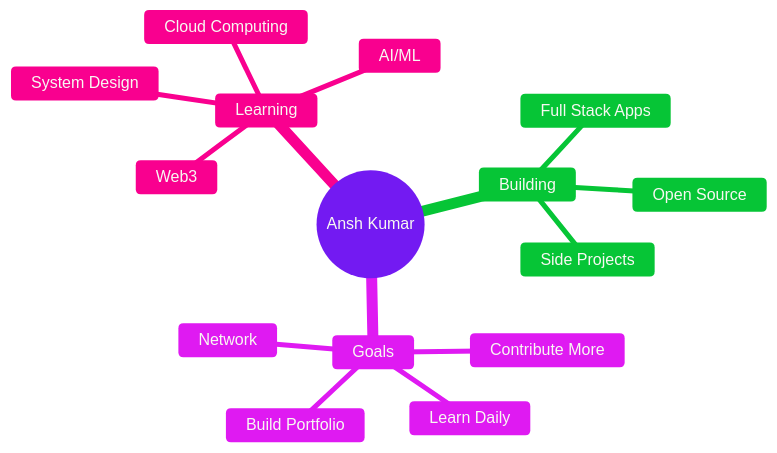
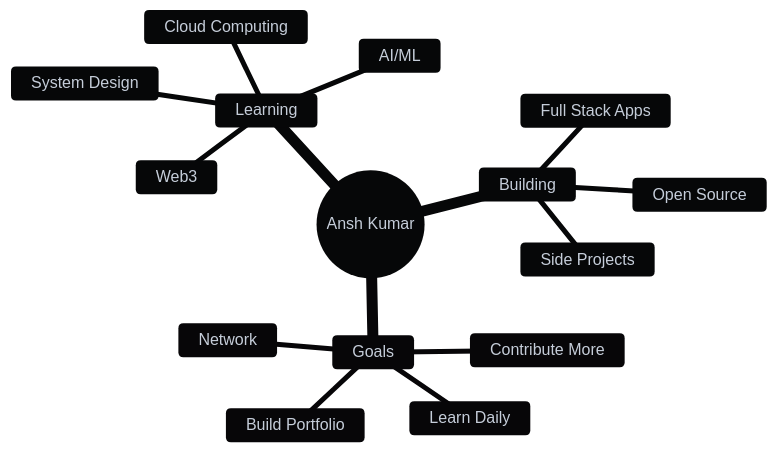
The diagram in readme.md (Albez0-An7h/Albez0-An7h), drawn with Mermaid before and after one commit. The commit also changed other lines of this file, not shown here.

````diff
--- a/readme.md
+++ b/readme.md
@@ -131,19 +131,19 @@
 ```mermaid
-%%{init: {'theme':'base', 'themeVariables': { 'primaryColor':'#bd93f9', 'primaryTextColor':'#f8f8f2', 'primaryBorderColor':'#bd93f9', 'lineColor':'#8be9fd', 'secondaryColor':'#ff79c6', 'secondaryTextColor':'#f8f8f2', 'secondaryBorderColor':'#ff79c6', 'tertiaryColor':'#50fa7b', 'tertiaryTextColor':'#282a36', 'tertiaryBorderColor':'#50fa7b', 'noteBkgColor':'#44475a', 'noteTextColor':'#f8f8f2', 'noteBorderColor':'#6272a4', 'background':'transparent', 'mainBkg':'#bd93f9', 'textColor':'#f8f8f2', 'fontSize':'16px'}}}%%
+%%{init: {'theme':'base', 'themeVariables': { 'primaryColor':'#3d4451', 'primaryTextColor':'#c5cdd9', 'primaryBorderColor':'#7c8db8', 'lineColor':'#6c7a96', 'secondaryColor':'#3d4451', 'secondaryTextColor':'#c5cdd9', 'secondaryBorderColor':'#9988bb', 'tertiaryColor':'#3d4451', 'tertiaryTextColor':'#c5cdd9', 'tertiaryBorderColor':'#7fa89f', 'noteBkgColor':'#3d4451', 'noteTextColor':'#c5cdd9', 'noteBorderColor':'#6c7a96', 'background':'#282a36', 'mainBkg':'#3d4451', 'textColor':'#c5cdd9', 'fontSize':'16px'}}}%%
 mindmap
   root((Ansh Kumar))
     Learning
       System Design
       Cloud Computing
       AI/ML
       Web3
     Building
       Full Stack Apps
       Open Source
       Side Projects
     Goals
       Contribute More
       Learn Daily
       Build Portfolio
       Network
 ```
````
